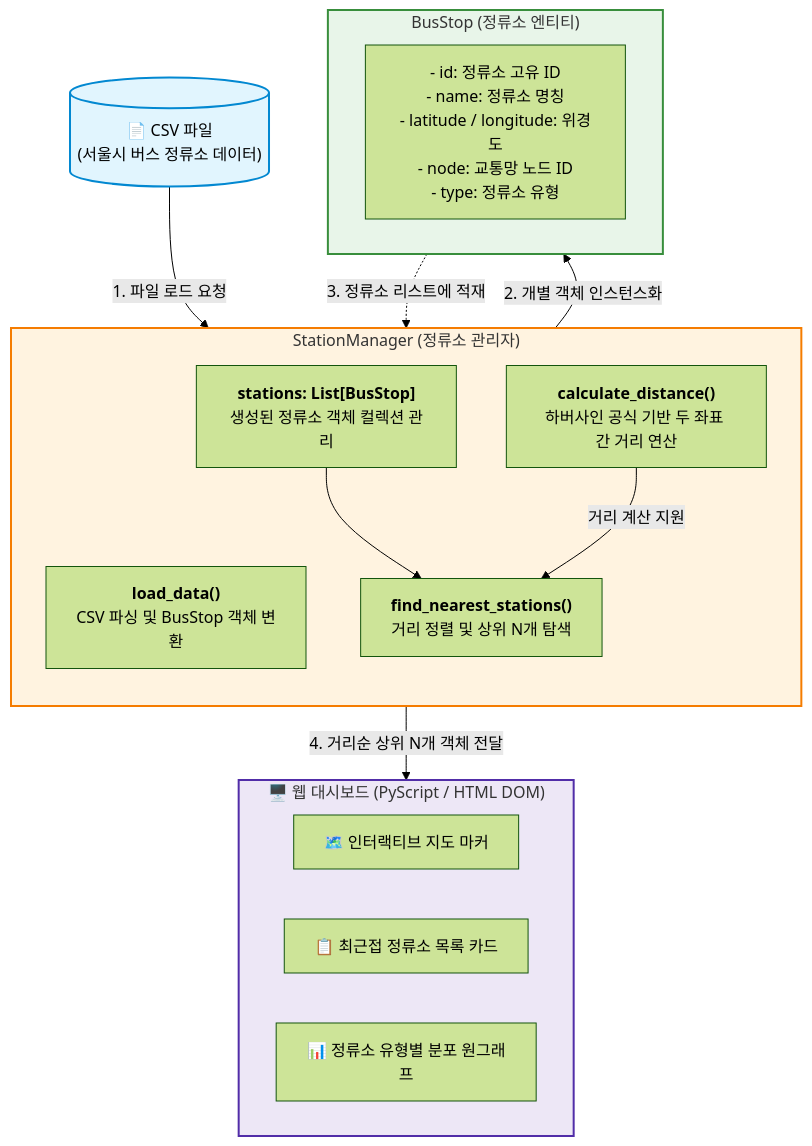
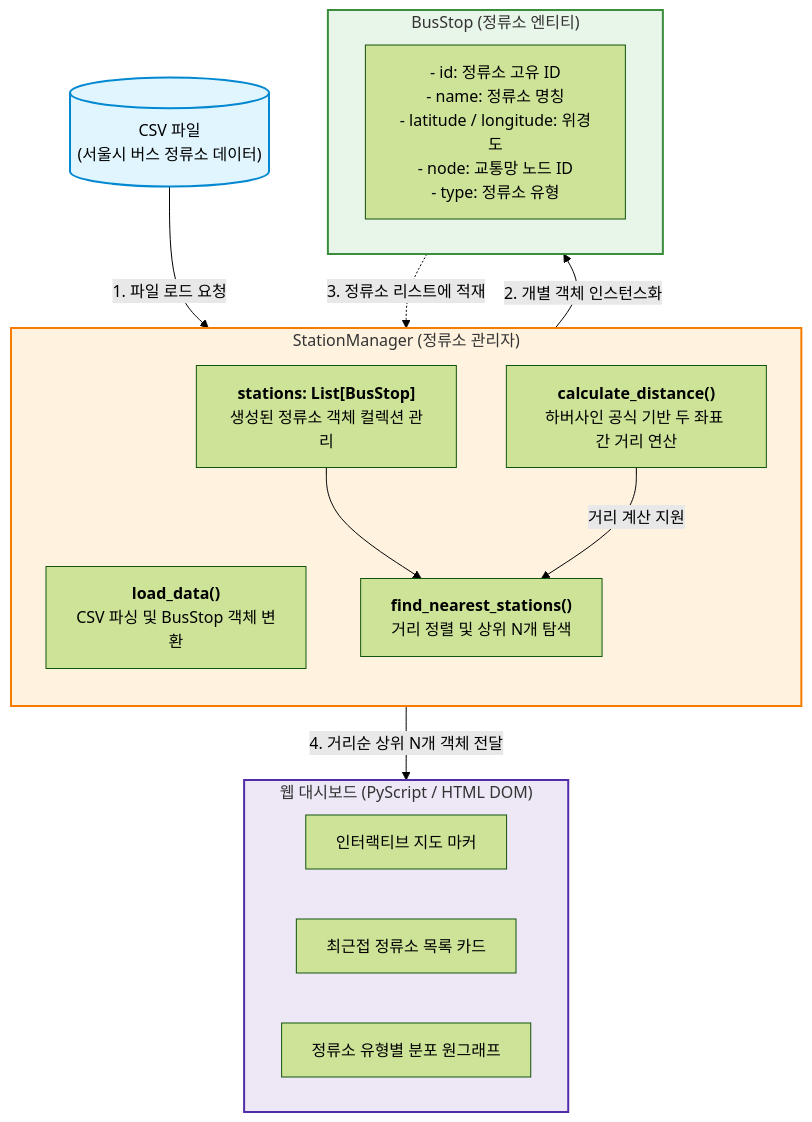
The second of 2 diagrams in README.md (taeywong0/OOP-kwangwoon), drawn with Mermaid (forest theme) before and after one commit. The commit also changed other lines of this file, not shown here.

Commit message:
Refine README formatting and content

````diff
--- a/README.md
+++ b/README.md
@@ -105,37 +105,37 @@
 ```mermaid
 flowchart TD
     %% 노드 정의
-    CSV[("📄 CSV 파일<br/>(서울시 버스 정류소 데이터)")]
+    CSV[(" CSV 파일<br/>(서울시 버스 정류소 데이터)")]
     
     subgraph StationManager["StationManager (정류소 관리자)"]
         direction TB
         SM_M1["<b>load_data()</b><br/>CSV 파싱 및 BusStop 객체 변환"]
         SM_Attr["<b>stations: List[BusStop]</b><br/>생성된 정류소 객체 컬렉션 관리"]
         SM_M2["<b>calculate_distance()</b><br/>하버사인 공식 기반 두 좌표 간 거리 연산"]
         SM_M3["<b>find_nearest_stations()</b><br/>거리 정렬 및 상위 N개 탐색"]
     end
 
     subgraph BusStop["BusStop (정류소 엔티티)"]
         BS_Attr["- id: 정류소 고유 ID<br/>- name: 정류소 명칭<br/>- latitude / longitude: 위경도<br/>- node: 교통망 노드 ID<br/>- type: 정류소 유형"]
     end
 
-    subgraph Dashboard["🖥️ 웹 대시보드 (PyScript / HTML DOM)"]
-        UI_Map["🗺️ 인터랙티브 지도 마커"]
-        UI_List["📋 최근접 정류소 목록 카드"]
-        UI_Chart["📊 정류소 유형별 분포 원그래프"]
+    subgraph Dashboard[" 웹 대시보드 (PyScript / HTML DOM)"]
+        UI_Map[" 인터랙티브 지도 마커"]
+        UI_List[" 최근접 정류소 목록 카드"]
+        UI_Chart[" 정류소 유형별 분포 원그래프"]
     end
 
     %% 연결 관계
     CSV -->|"1. 파일 로드 요청"| SM_M1
     SM_M1 -->|"2. 개별 객체 인스턴스화"| BusStop
     BusStop -.->|"3. 정류소 리스트에 적재"| SM_Attr
     SM_Attr --> SM_M3
     SM_M2 -->|"거리 계산 지원"| SM_M3
     SM_M3 -->|"4. 거리순 상위 N개 객체 전달"| Dashboard
 
     %% 스타일링
     style CSV fill:#e1f5fe,stroke:#0288d1,stroke-width:2px
     style StationManager fill:#fff3e0,stroke:#f57c00,stroke-width:2px
     style BusStop fill:#e8f5e9,stroke:#388e3c,stroke-width:2px
     style Dashboard fill:#ede7f6,stroke:#512da8,stroke-width:2px
 ```
````
